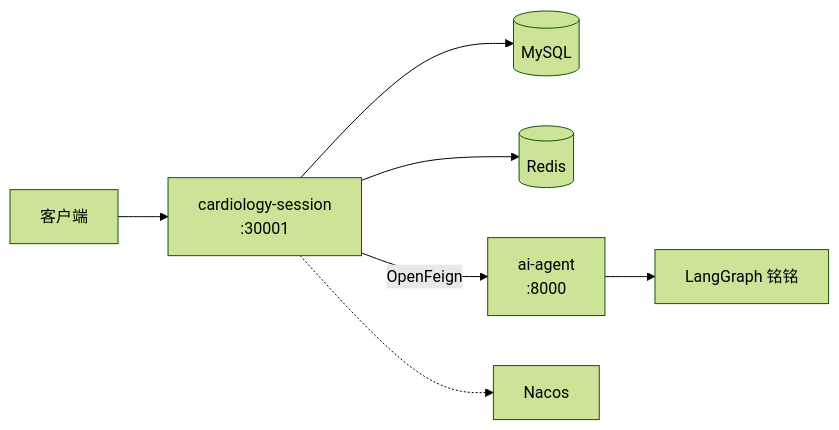
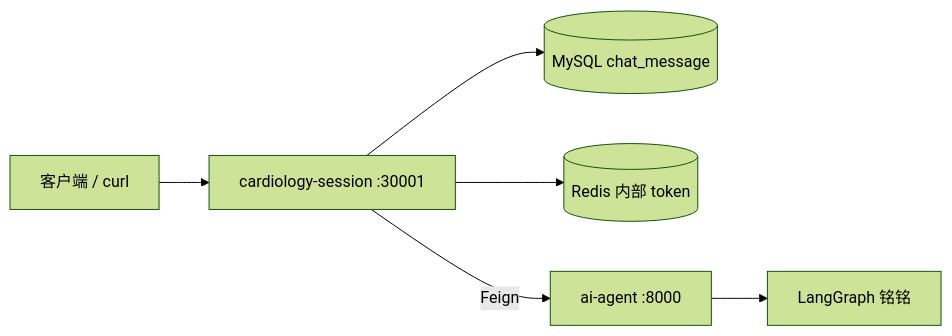
The second of 2 diagrams in README.md (SherwinZeng/cardiologyintelligentagent), drawn with Mermaid (forest theme) before and after one commit. The commit also changed other lines of this file and 123 other files, not shown here.

````diff
--- a/README.md
+++ b/README.md
@@ -44,9 +85,8 @@
 ```mermaid
 flowchart LR
-    Client[客户端] --> Session[cardiology-session<br/>:30001]
-    Session --> MySQL[(MySQL)]
-    Session --> Redis[(Redis)]
-    Session -->|OpenFeign| Agent[ai-agent<br/>:8000]
+    Client[客户端 / curl] --> Session[cardiology-session :30001]
+    Session --> MySQL[(MySQL chat_message)]
+    Session --> Redis[(Redis 内部 token)]
+    Session -->|Feign| Agent[ai-agent :8000]
     Agent --> Graph[LangGraph 铭铭]
-    Session -.-> Nacos[Nacos]
 ```
````
